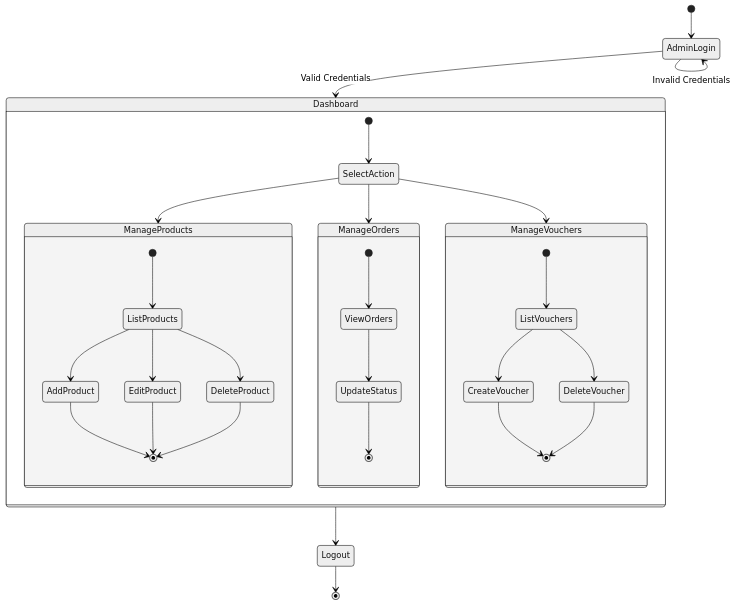
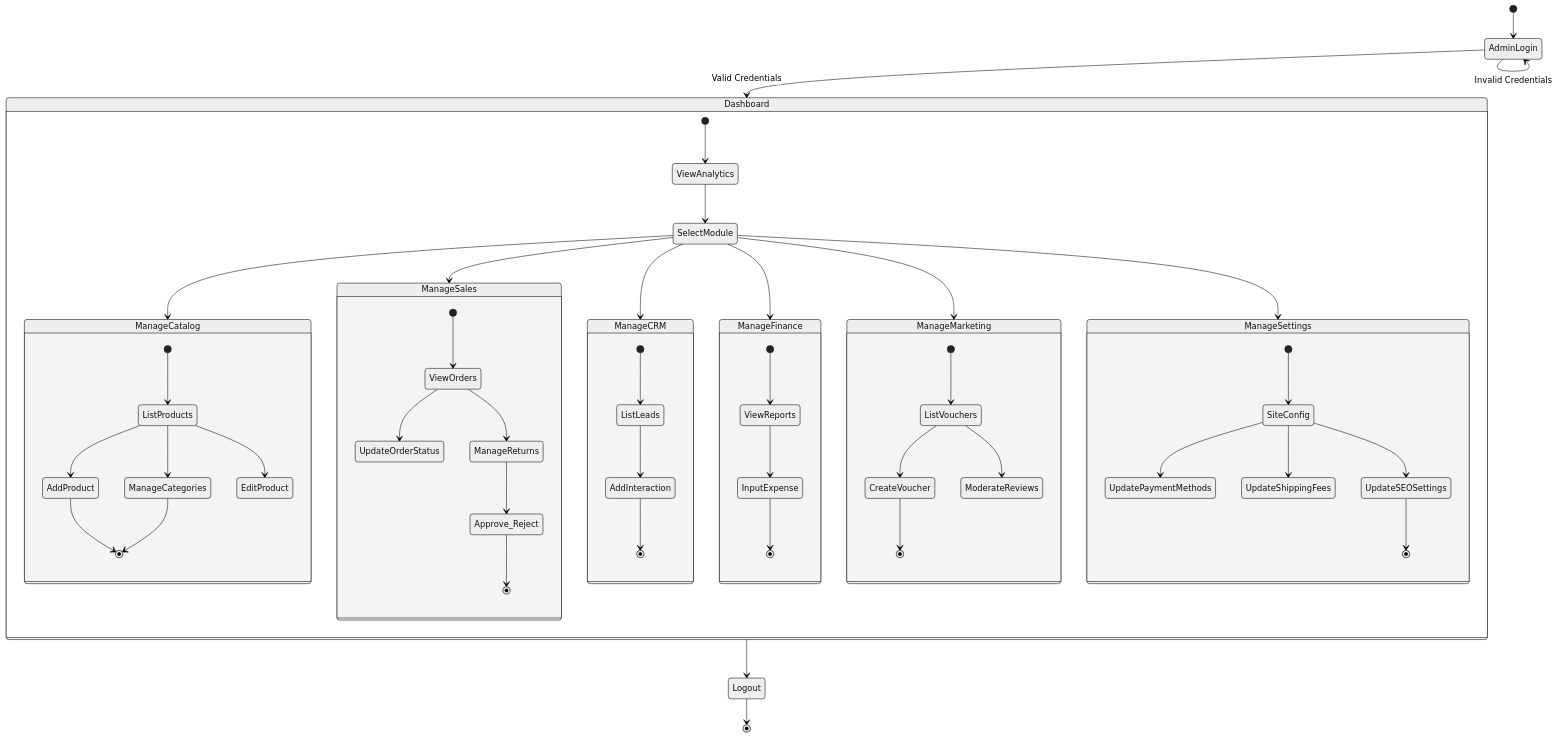
Before and after one commit to Grinti123/gerai-ayra-fullstack: the second of 2 diagrams in activity-diagram.md, drawn with Mermaid (neutral theme). The commit also changed other lines of this file and 229 other files, not shown here.

Commit message:
feat: Implement comprehensive admin panel features including finance, stock, returns, and user management, alongside new backend modules for analytics, expenses, categories, and wishlists.

````diff
--- a/activity-diagram.md
+++ b/activity-diagram.md
@@ -44,40 +55,65 @@
 ```mermaid
 stateDiagram-v2
     [*] --> AdminLogin
     AdminLogin --> Dashboard : Valid Credentials
     AdminLogin --> AdminLogin : Invalid Credentials
 
     state Dashboard {
-        [*] --> SelectAction
-        SelectAction --> ManageProducts
-        SelectAction --> ManageOrders
-        SelectAction --> ManageVouchers
+        [*] --> ViewAnalytics
+        ViewAnalytics --> SelectModule
         
-        state ManageProducts {
+        state ManageCatalog {
             [*] --> ListProducts
+            ListProducts --> ManageCategories
             ListProducts --> AddProduct
             ListProducts --> EditProduct
-            ListProducts --> DeleteProduct
             AddProduct --> [*]
-            EditProduct --> [*]
-            DeleteProduct --> [*]
+            ManageCategories --> [*]
         }
 
-        state ManageOrders {
+        state ManageSales {
             [*] --> ViewOrders
-            ViewOrders --> UpdateStatus
-            UpdateStatus --> [*]
+            ViewOrders --> UpdateOrderStatus
+            ViewOrders --> ManageReturns
+            ManageReturns --> Approve_Reject
+            Approve_Reject --> [*]
         }
 
-        state ManageVouchers {
+        state ManageCRM {
+            [*] --> ListLeads
+            ListLeads --> AddInteraction
+            AddInteraction --> [*]
+        }
+
+        state ManageFinance {
+            [*] --> ViewReports
+            ViewReports --> InputExpense
+            InputExpense --> [*]
+        }
+        
+        state ManageMarketing {
             [*] --> ListVouchers
             ListVouchers --> CreateVoucher
-            ListVouchers --> DeleteVoucher
+            ListVouchers --> ModerateReviews
             CreateVoucher --> [*]
-            DeleteVoucher --> [*]
         }
+
+        state ManageSettings {
+            [*] --> SiteConfig
+            SiteConfig --> UpdatePaymentMethods
+            SiteConfig --> UpdateShippingFees
+            SiteConfig --> UpdateSEOSettings
+            UpdateSEOSettings --> [*]
+        }
+
+        SelectModule --> ManageCatalog
+        SelectModule --> ManageSales
+        SelectModule --> ManageCRM
+        SelectModule --> ManageFinance
+        SelectModule --> ManageMarketing
+        SelectModule --> ManageSettings
     }
 
     Dashboard --> Logout
     Logout --> [*]
 ```
````
